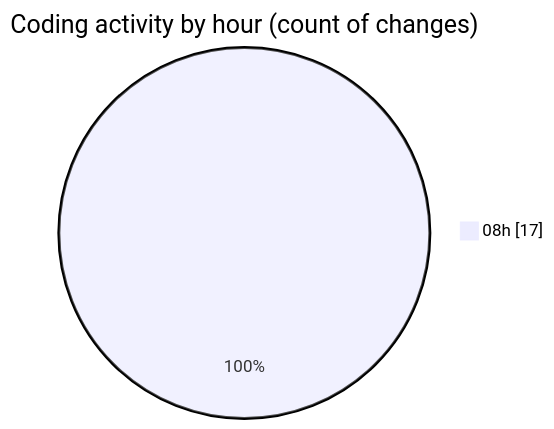
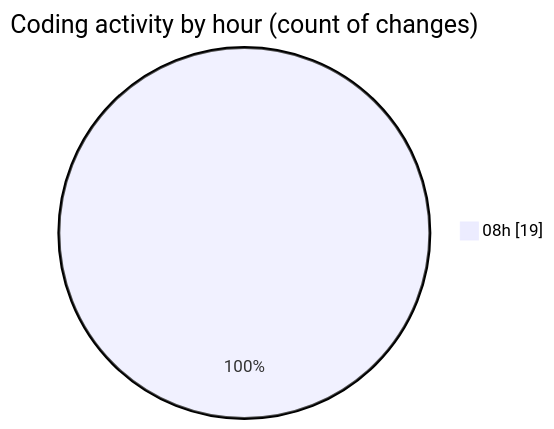
Before and after one commit to vahidmafi/code-tracking: the second of 2 diagrams in 2025-09-13/shop/README.md, drawn with Mermaid. The commit also changed other lines of this file and 1 other file, not shown here.

````diff
--- a/2025-09-13/shop/README.md
+++ b/2025-09-13/shop/README.md
@@ -35,5 +35,5 @@
 ```mermaid
 pie showData
 title Coding activity by hour (count of changes)
-"08h" : 17
+"08h" : 19
 ```
````
